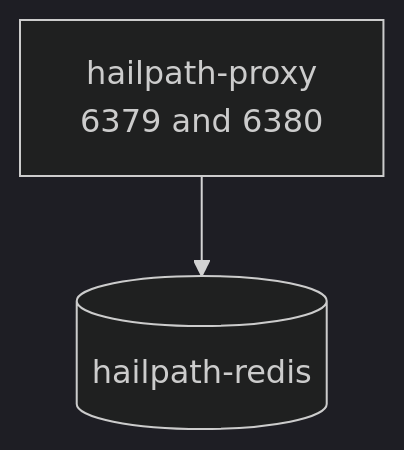
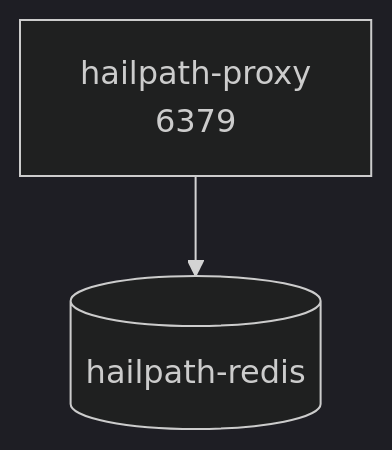
Before and after one commit to bahman-farhadian/Meanul-Data-Studio: the seventh of 9 diagrams in README.md, drawn with Mermaid (dark theme). The commit also changed other lines of this file and 31 other files, not shown here.

````diff
--- a/README.md
+++ b/README.md
@@ -360,7 +362,7 @@
 ```mermaid
 graph TB
-    HAP["hailpath-proxy<br/>6379 and 6380"]
+    HAP["hailpath-proxy<br/>6379"]
     R[("hailpath-redis")]
 
     HAP --> R
 ```
````
